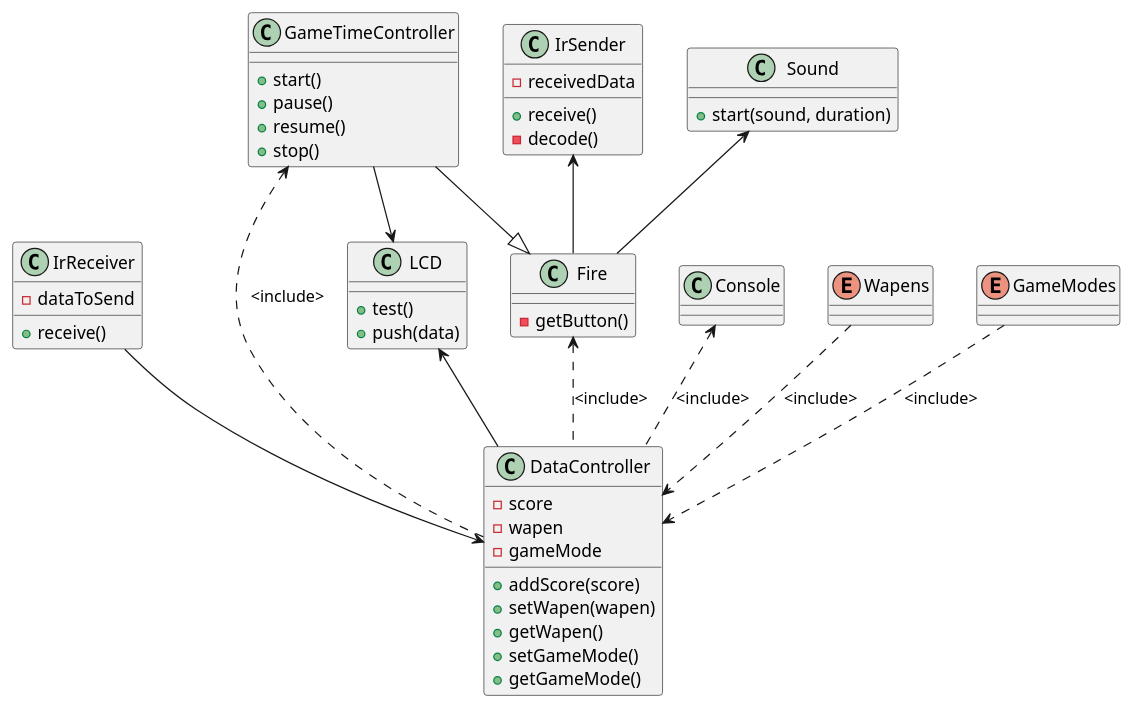
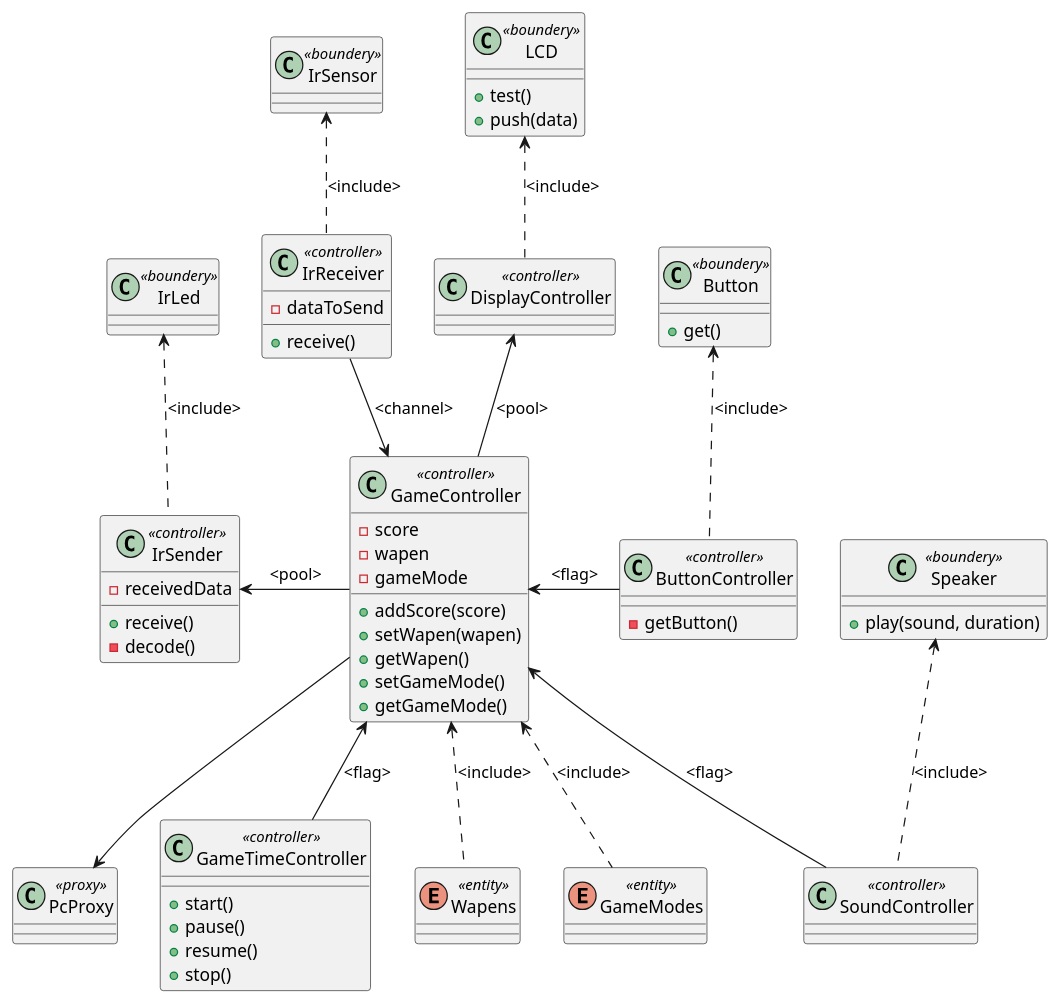
The diagram in Docs/architecture/class.puml (DavidDriessen/Skilled-Eagle_Lazer-Game), drawn with PlantUML before and after one commit. The commit also changed 2 other files, not shown here.

Commit message:
class diagram update

```diff
--- a/Docs/architecture/class.puml
+++ b/Docs/architecture/class.puml
@@ -1,57 +1,77 @@
 @startuml
 
-class IrReceiver{
+class LCD <<boundery>> {
++test()
++push(data)
+}
+class IrSensor <<boundery>> {
+}
+class IrLed <<boundery>> {
+}
+class Button <<boundery>> {
++get()
+}
+class Speaker <<boundery>> {
++play(sound, duration)
+}
+
+class PcProxy <<proxy>> {
+}
+
+class IrReceiver <<controller>> {
 -dataToSend
 +receive()
 }
-class IrSender{
+class IrSender <<controller>> {
 -receivedData
 +receive()
 -decode()
 }
-class LCD {
-+test()
-+push(data)
+class SoundController <<controller>> {
 }
-class Sound{
-+start(sound, duration)
+class DisplayController <<controller>> {
 }
-class Fire{
+class ButtonController <<controller>> {
 -getButton()
 }
-class Console{
-}
-class DataController{
+class GameController <<controller>> {
 -score
 -wapen
 -gameMode
 +addScore(score)
 +setWapen(wapen)
 +getWapen()
 +setGameMode()
 +getGameMode()
 }
-class GameTimeController{
+class GameTimeController <<controller>> {
 +start()
 +pause()
 +resume()
 +stop()
 }
 
-enum Wapens
-enum GameModes
+enum Wapens <<entity>>
+enum GameModes <<entity>>
+
+GameController <-.  Wapens: <include>
+GameController <-. GameModes: <include>
+
+LCD <-. DisplayController: <include>
+IrSensor <-. IrReceiver: <include>
+IrLed <-. IrSender: <include>
+Button <-. ButtonController: <include>
+Speaker <-. SoundController: <include>
+
+IrReceiver --> GameController: <channel>
+DisplayController <-- GameController: <pool>
+IrSender <- GameController: <pool>
+GameController <- ButtonController: <flag>
+GameController <-- GameTimeController: <flag>
+GameController <-- SoundController: <flag>
+GameController --> PcProxy
 
 
-GameModes ..> DataController: <include>
-Wapens ..> DataController: <include>
-Fire <.. DataController: <include>
-Console <.. DataController: <include>
-LCD <-- DataController
-GameTimeController <.. DataController: <include>
-GameTimeController --> LCD
-GameTimeController --|> Fire
-IrReceiver --> DataController
-Sound <-- Fire
-IrSender <-- Fire
+
 
 @enduml
```
